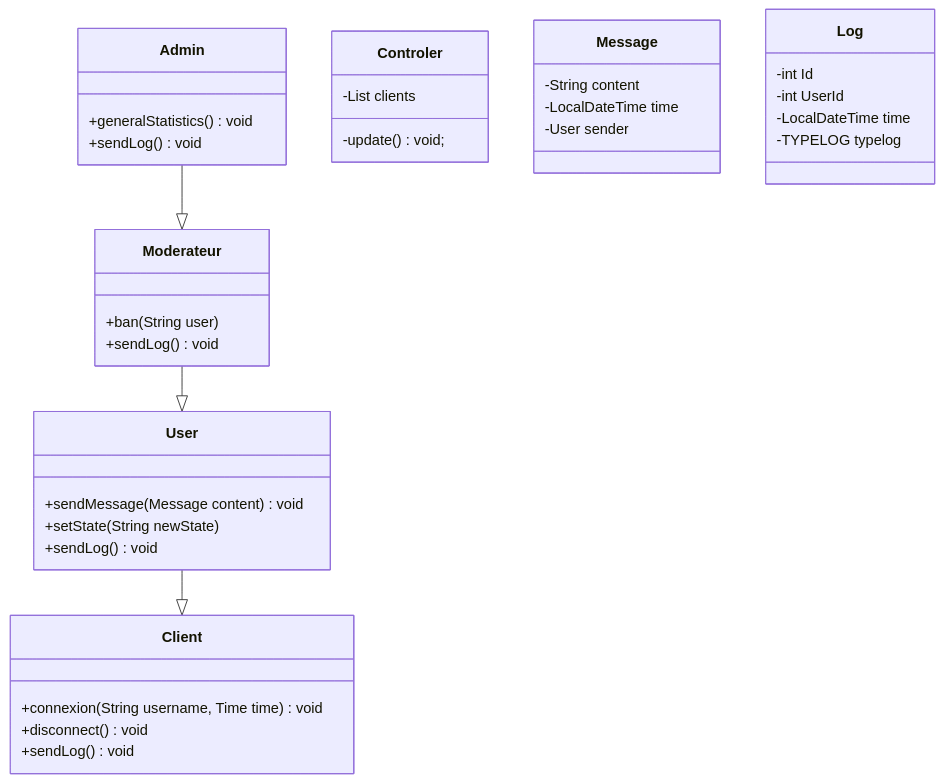
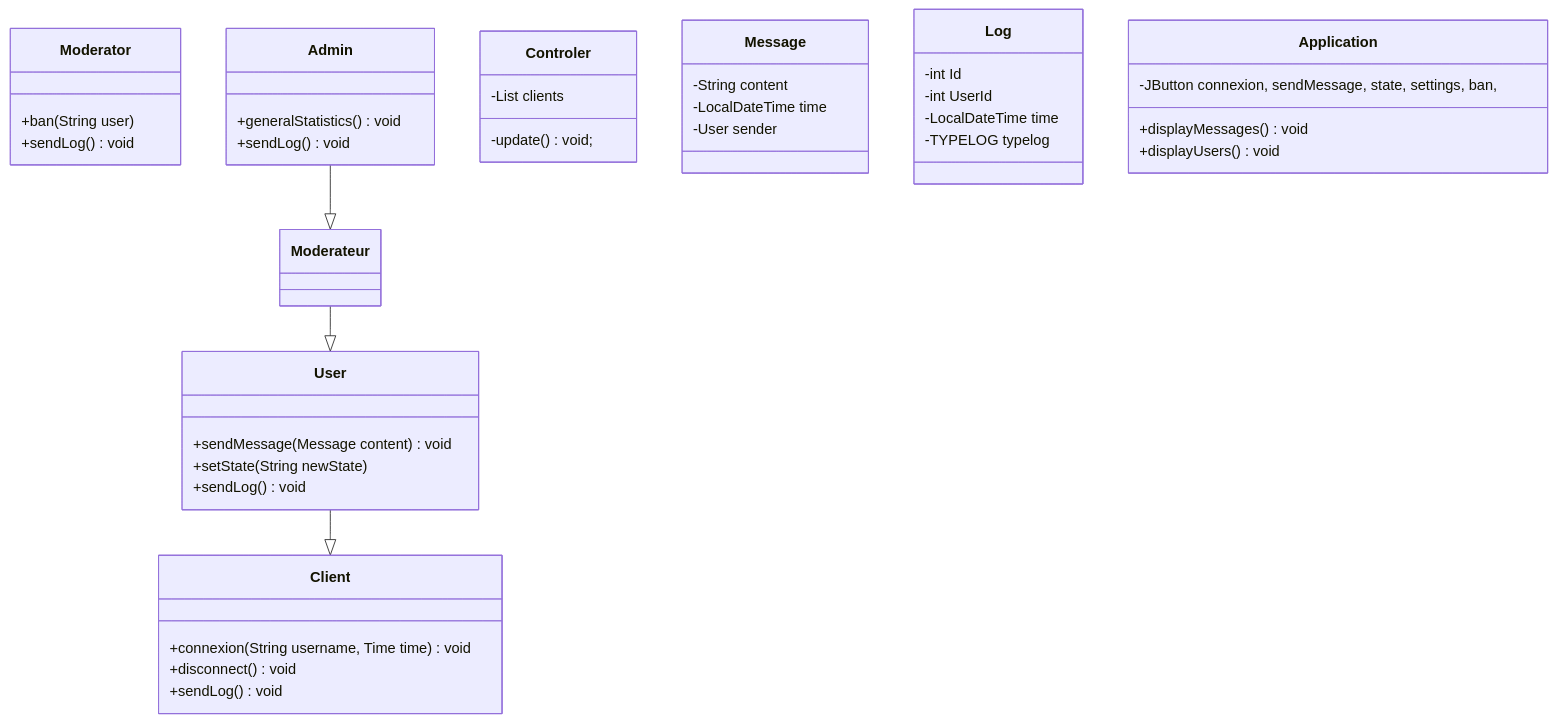
One commit to GabrielHenaux/ChatCheurProject changed the diagram in Diagramme UML.md. Above: the diagram before and after it, drawn with Mermaid. The commit also changed 1 other file, not shown here.

Commit message:
Merge branch 'master' of https://github.com/gabyformula1/ChatCheurProject

````diff
--- a/Diagramme UML.md
+++ b/Diagramme UML.md
@@ -1,41 +1,48 @@
 ```mermaid
     classDiagram
     class Client {
         +connexion(String username, Time time) void
         +disconnect() void
         +sendLog() void
     }
     class User {
         +sendMessage(Message content) void
         +setState(String newState)
         +sendLog() void
     }
-    class Moderateur {
+    class Moderator {
         +ban(String user)
         +sendLog() void
     }
     class Admin {
         +generalStatistics() void
         +sendLog() void
     }
     User --|> Client
     Admin --|> Moderateur
     Moderateur --|> User
     
     class Controler {
         -List<Client> clients
         -update() void;
     }
     
     class Message {
         -String content
         -LocalDateTime time
         -User sender
     }
     class Log {
         -int Id
         -int UserId
         -LocalDateTime time
         -TYPELOG typelog 
     }
+    
+    class Application {
+        -JButton connexion, sendMessage, state, settings, ban, 
+        +displayMessages() void
+        +displayUsers() void
+        
+    }
 ```
````
